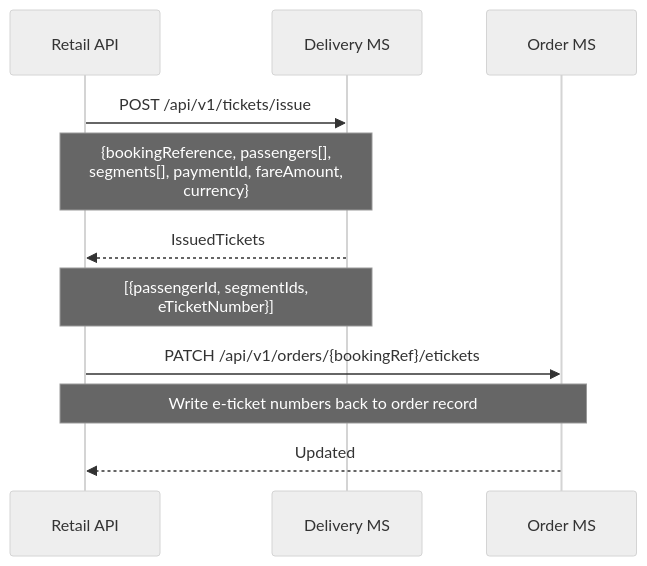
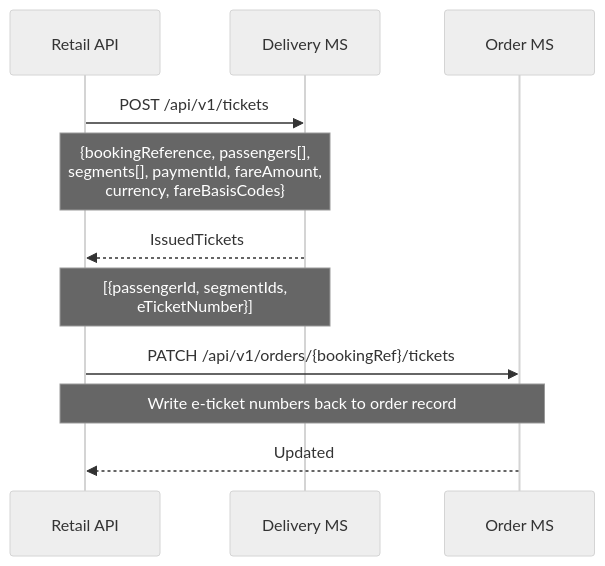
Before and after one commit to sebharvey/airline-reservation-system: the first of 13 diagrams in documentation/sequences/delivery.md, drawn with Mermaid (neutral theme). The commit also changed other lines of this file and 11 other files, not shown here.

````diff
--- a/documentation/sequences/delivery.md
+++ b/documentation/sequences/delivery.md
@@ -11,15 +11,15 @@
 ```mermaid
 sequenceDiagram
     participant RetailAPI as Retail API
     participant DeliveryMS as Delivery MS
     participant OrderMS as Order MS
 
-    RetailAPI->>DeliveryMS: POST /api/v1/tickets/issue
-    Note over RetailAPI,DeliveryMS: {bookingReference, passengers[],<br/>segments[], paymentId, fareAmount,<br/>currency}
+    RetailAPI->>DeliveryMS: POST /api/v1/tickets
+    Note over RetailAPI,DeliveryMS: {bookingReference, passengers[],<br/>segments[], paymentId, fareAmount,<br/>currency, fareBasisCodes}
     DeliveryMS-->>RetailAPI: IssuedTickets
     Note over DeliveryMS,RetailAPI: [{passengerId, segmentIds,<br/>eTicketNumber}]
 
-    RetailAPI->>OrderMS: PATCH /api/v1/orders/{bookingRef}/etickets
+    RetailAPI->>OrderMS: PATCH /api/v1/orders/{bookingRef}/tickets
     Note over RetailAPI,OrderMS: Write e-ticket numbers back to order record
     OrderMS-->>RetailAPI: Updated
 ```
````
